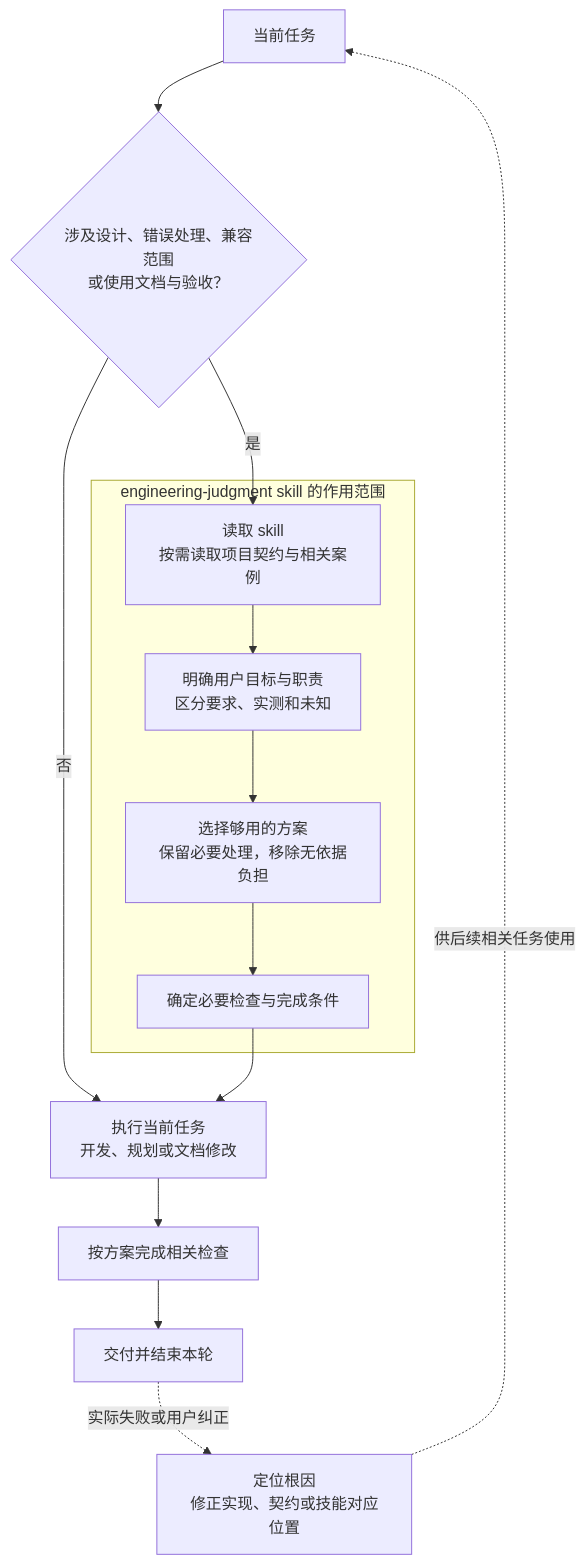
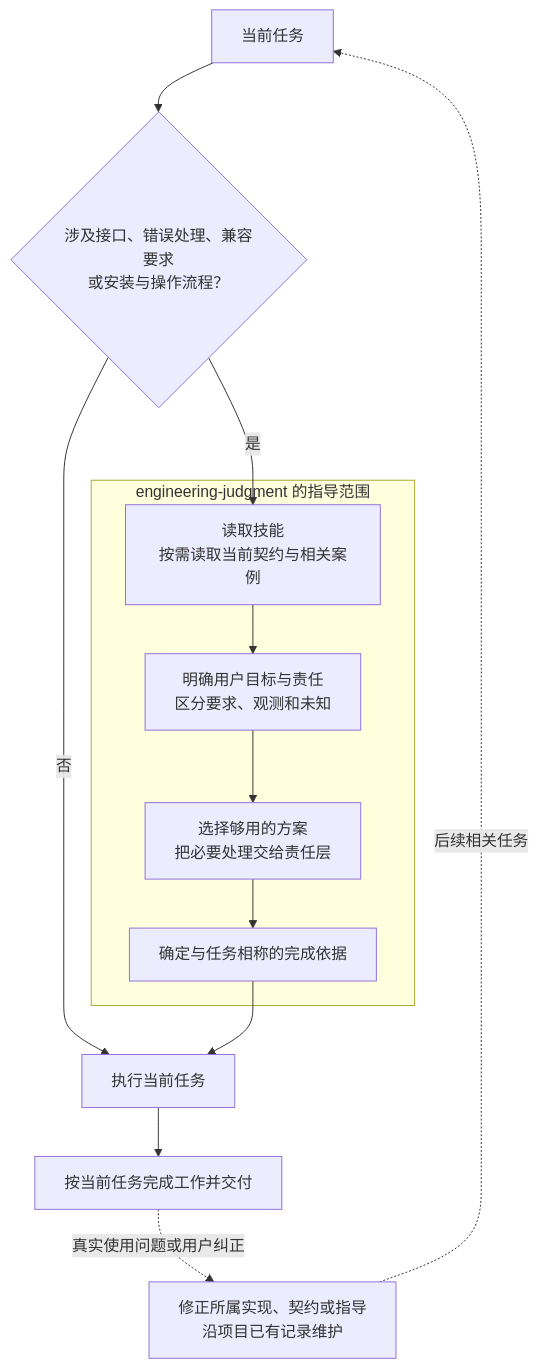
Before and after one commit to YS-Pan/basePack: the diagram in devDoc/tasks/20261110-engineering-judgment/plan.md, drawn with Mermaid. The commit also changed other lines of this file and 9 other files, not shown here.

Commit message:
Add standalone engineering judgment skill without trial tests

````diff
--- a/devDoc/tasks/20261110-engineering-judgment/plan.md
+++ b/devDoc/tasks/20261110-engineering-judgment/plan.md
@@ -46,19 +39,15 @@
 ```mermaid
 flowchart TB
-    A["当前任务"] --> B{"涉及设计、错误处理、兼容范围<br/>或使用文档与验收？"}
-    B -->|否| H["执行当前任务<br/>开发、规划或文档修改"]
+    A["当前任务"] --> B{"涉及接口、错误处理、兼容要求<br/>或安装与操作流程？"}
+    B -->|否| H["执行当前任务"]
     B -->|是| C
-
-    subgraph S["engineering-judgment skill 的作用范围"]
-        C["读取 skill<br/>按需读取项目契约与相关案例"]
-        C --> D["明确用户目标与职责<br/>区分要求、实测和未知"]
-        D --> E["选择够用的方案<br/>保留必要处理，移除无依据负担"]
-        E --> F["确定必要检查与完成条件"]
+    subgraph S["engineering-judgment 的指导范围"]
+        C["读取技能<br/>按需读取当前契约与相关案例"] --> D["明确用户目标与责任<br/>区分要求、观测和未知"]
+        D --> E["选择够用的方案<br/>把必要处理交给责任层"]
+        E --> F["确定与任务相称的完成依据"]
     end
-
     F --> H
-    H --> I["按方案完成相关检查"]
-    I --> J["交付并结束本轮"]
-    J -.->|实际失败或用户纠正| K["定位根因<br/>修正实现、契约或技能对应位置"]
-    K -.->|供后续相关任务使用| A
+    H --> I["按当前任务完成工作并交付"]
+    I -.->|真实使用问题或用户纠正| J["修正所属实现、契约或指导<br/>沿项目已有记录维护"]
+    J -.->|后续相关任务| A
 ```
````
